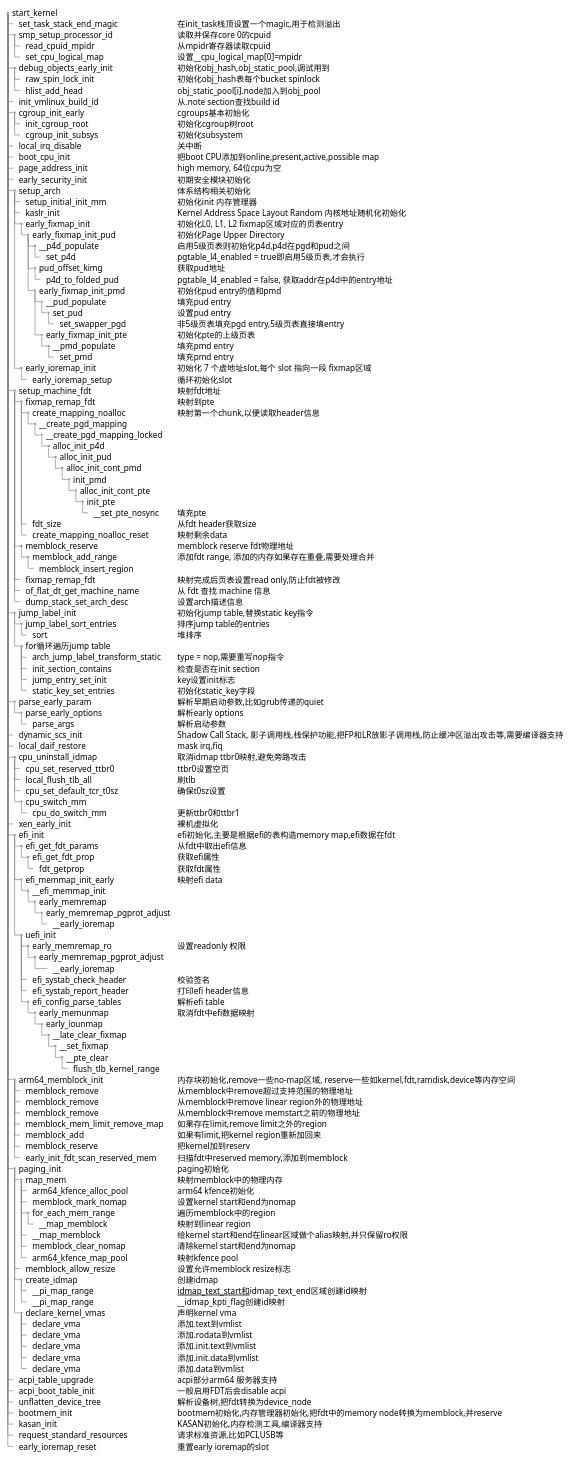
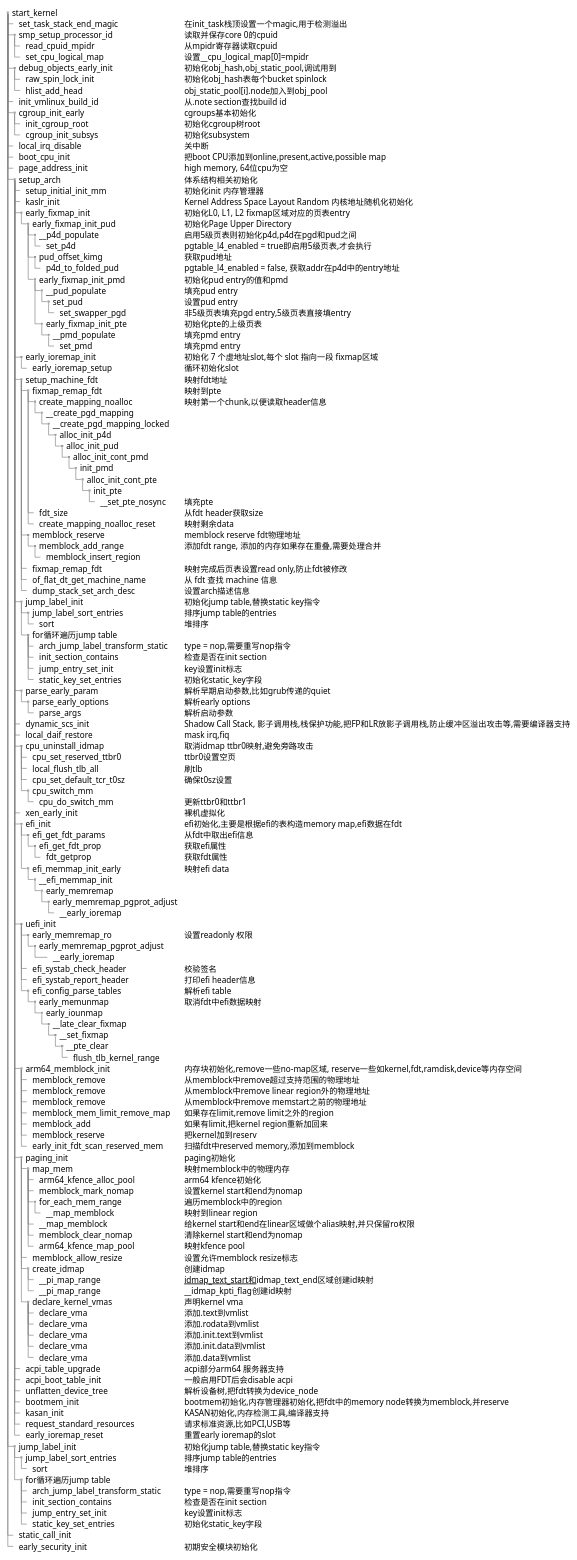
One commit to hml1006/linux-comment changed the diagram in notes/start_kernel.md. Above: the diagram before and after it, drawn with PlantUML.

```diff
--- a/notes/start_kernel.md
+++ b/notes/start_kernel.md
@@ -23,7 +23,6 @@
 ++ local_irq_disable            | 关中断
 ++ boot_cpu_init                | 把boot CPU添加到online,present,active,possible map
 ++ page_address_init            | high memory, 64位cpu为空
-++ early_security_init          | 初期安全模块初始化
 ++ setup_arch                   | 体系结构相关初始化
 +++ setup_initial_init_mm       | 初始化init 内存管理器
 +++ kaslr_init                  | Kernel Address Space Layout Random 内核地址随机化初始化
@@ -42,55 +41,55 @@
 ++++++++ set_pmd                | 填充pmd entry
 +++ early_ioremap_init          | 初始化 7 个虚地址slot,每个 slot 指向一段 fixmap区域
 ++++ early_ioremap_setup         | 循环初始化slot
-++ setup_machine_fdt           | 映射fdt地址
-+++ fixmap_remap_fdt             | 映射到pte
-++++ create_mapping_noalloc      | 映射第一个chunk,以便读取header信息
-+++++ __create_pgd_mapping
-++++++__create_pgd_mapping_locked
-+++++++ alloc_init_p4d
-++++++++ alloc_init_pud
-+++++++++ alloc_init_cont_pmd
-++++++++++ init_pmd
-+++++++++++ alloc_init_cont_pte
-++++++++++++ init_pte
-+++++++++++++ __set_pte_nosync  | 填充pte
-++++ fdt_size                   | 从fdt header获取size
-++++ create_mapping_noalloc_reset| 映射剩余data
-+++ memblock_reserve            | memblock reserve fdt物理地址
-++++ memblock_add_range          | 添加fdt range, 添加的内存如果存在重叠,需要处理合并
-+++++ memblock_insert_region
-+++ fixmap_remap_fdt              | 映射完成后页表设置read only,防止fdt被修改
-+++ of_flat_dt_get_machine_name | 从 fdt 查找 machine 信息
-+++ dump_stack_set_arch_desc    | 设置arch描述信息
-++ jump_label_init             | 初始化jump table,替换static key指令
-+++ jump_label_sort_entries      | 排序jump table的entries
-++++ sort                       | 堆排序
-+++ for循环遍历jump table
-++++ arch_jump_label_transform_static| type = nop,需要重写nop指令
-++++ init_section_contains        | 检查是否在init section
-++++ jump_entry_set_init         | key设置init标志
-++++ static_key_set_entries       | 初始化static_key字段
-++ parse_early_param           | 解析早期启动参数,比如grub传递的quiet
-+++ parse_early_options        | 解析early options
-++++ parse_args                 | 解析启动参数
-++ dynamic_scs_init            | Shadow Call Stack, 影子调用栈,栈保护功能,把FP和LR放影子调用栈,防止缓冲区溢出攻击等,需要编译器支持
-++ local_daif_restore          | mask irq,fiq
-++ cpu_uninstall_idmap         | 取消idmap ttbr0映射,避免旁路攻击
-+++ cpu_set_reserved_ttbr0      | ttbr0设置空页
-+++ local_flush_tlb_all         | 刷tlb
-+++ cpu_set_default_tcr_t0sz    | 确保t0sz设置
-+++ cpu_switch_mm
-++++ cpu_do_switch_mm           | 更新ttbr0和ttbr1
-++ xen_early_init              | 裸机虚拟化
-++ efi_init                    | efi初始化,主要是根据efi的表构造memory map,efi数据在fdt
-+++ efi_get_fdt_params          | 从fdt中取出efi信息
-++++ efi_get_fdt_prop            | 获取efi属性
-+++++ fdt_getprop                | 获取fdt属性
-+++ efi_memmap_init_early       | 映射efi data
-++++ __efi_memmap_init
-+++++ early_memremap
-++++++ early_memremap_pgprot_adjust
-+++++++ __early_ioremap
++++ setup_machine_fdt           | 映射fdt地址
+++++ fixmap_remap_fdt             | 映射到pte
++++++ create_mapping_noalloc      | 映射第一个chunk,以便读取header信息
+++++++ __create_pgd_mapping
++++++++__create_pgd_mapping_locked
+++++++++ alloc_init_p4d
++++++++++ alloc_init_pud
+++++++++++ alloc_init_cont_pmd
++++++++++++ init_pmd
+++++++++++++ alloc_init_cont_pte
++++++++++++++ init_pte
+++++++++++++++ __set_pte_nosync  | 填充pte
++++++ fdt_size                   | 从fdt header获取size
++++++ create_mapping_noalloc_reset| 映射剩余data
+++++ memblock_reserve            | memblock reserve fdt物理地址
++++++ memblock_add_range          | 添加fdt range, 添加的内存如果存在重叠,需要处理合并
+++++++ memblock_insert_region
+++++ fixmap_remap_fdt              | 映射完成后页表设置read only,防止fdt被修改
+++++ of_flat_dt_get_machine_name | 从 fdt 查找 machine 信息
+++++ dump_stack_set_arch_desc    | 设置arch描述信息
++++ jump_label_init             | 初始化jump table,替换static key指令
+++++ jump_label_sort_entries      | 排序jump table的entries
++++++ sort                       | 堆排序
+++++ for循环遍历jump table
++++++ arch_jump_label_transform_static| type = nop,需要重写nop指令
++++++ init_section_contains        | 检查是否在init section
++++++ jump_entry_set_init         | key设置init标志
++++++ static_key_set_entries       | 初始化static_key字段
++++ parse_early_param           | 解析早期启动参数,比如grub传递的quiet
+++++ parse_early_options        | 解析early options
++++++ parse_args                 | 解析启动参数
++++ dynamic_scs_init            | Shadow Call Stack, 影子调用栈,栈保护功能,把FP和LR放影子调用栈,防止缓冲区溢出攻击等,需要编译器支持
++++ local_daif_restore          | mask irq,fiq
++++ cpu_uninstall_idmap         | 取消idmap ttbr0映射,避免旁路攻击
+++++ cpu_set_reserved_ttbr0      | ttbr0设置空页
+++++ local_flush_tlb_all         | 刷tlb
+++++ cpu_set_default_tcr_t0sz    | 确保t0sz设置
+++++ cpu_switch_mm
++++++ cpu_do_switch_mm           | 更新ttbr0和ttbr1
++++ xen_early_init              | 裸机虚拟化
++++ efi_init                    | efi初始化,主要是根据efi的表构造memory map,efi数据在fdt
+++++ efi_get_fdt_params          | 从fdt中取出efi信息
++++++ efi_get_fdt_prop            | 获取efi属性
+++++++ fdt_getprop                | 获取fdt属性
+++++ efi_memmap_init_early       | 映射efi data
++++++ __efi_memmap_init
+++++++ early_memremap
++++++++ early_memremap_pgprot_adjust
+++++++++ __early_ioremap
 +++ uefi_init
 ++++ early_memremap_ro           | 设置readonly 权限
 +++++ early_memremap_pgprot_adjust
@@ -104,40 +103,52 @@
 ++++++++ __set_fixmap
 +++++++++ __pte_clear
 ++++++++++ flush_tlb_kernel_range
-++ arm64_memblock_init         | 内存块初始化,remove一些no-map区域, reserve一些如kernel,fdt,ramdisk,device等内存空间
-+++ memblock_remove  | 从memblock中remove超过支持范围的物理地址
-+++ memblock_remove  | 从memblock中remove linear region外的物理地址
-+++ memblock_remove | 从memblock中remove memstart之前的物理地址
-+++ memblock_mem_limit_remove_map | 如果存在limit,remove limit之外的region
-+++ memblock_add | 如果有limit,把kernel region重新加回来
-+++ memblock_reserve | 把kernel加到reserv
-+++ early_init_fdt_scan_reserved_mem | 扫描fdt中reserved memory,添加到memblock
-++ paging_init                 | paging初始化
-+++ map_mem                    | 映射memblock中的物理内存
-++++ arm64_kfence_alloc_pool    | arm64 kfence初始化
-++++ memblock_mark_nomap        | 设置kernel start和end为nomap
-++++ for_each_mem_range         | 遍历memblock中的region
-+++++ __map_memblock            | 映射到linear region
-++++ __map_memblock             | 给kernel start和end在linear区域做个alias映射,并只保留ro权限
-++++ memblock_clear_nomap       | 清除kernel start和end为nomap
-++++ arm64_kfence_map_pool      | 映射kfence pool
-+++ memblock_allow_resize        | 设置允许memblock resize标志
-+++ create_idmap               | 创建idmap
-++++ __pi_map_range             | __idmap_text_start和__idmap_text_end区域创建id映射
-++++ __pi_map_range             | __idmap_kpti_flag创建id映射
-+++ declare_kernel_vmas        | 声明kernel vma
-++++ declare_vma                | 添加.text到vmlist
-++++ declare_vma                | 添加.rodata到vmlist
-++++ declare_vma                | 添加.init.text到vmlist
-++++ declare_vma                | 添加.init.data到vmlist
-++++ declare_vma                | 添加.data到vmlist
-++ acpi_table_upgrade          | acpi部分arm64 服务器支持
-++ acpi_boot_table_init        | 一般启用FDT后会disable acpi
-++ unflatten_device_tree       | 解析设备树,把fdt转换为device_node
-++ bootmem_init                | bootmem初始化,内存管理器初始化,把fdt中的memory node转换为memblock,并reserve
-++ kasan_init                  | KASAN初始化,内存检测工具,编译器支持
-++ request_standard_resources  | 请求标准资源,比如PCI,USB等
-++ early_ioremap_reset         | 重置early ioremap的slot
++++ arm64_memblock_init         | 内存块初始化,remove一些no-map区域, reserve一些如kernel,fdt,ramdisk,device等内存空间
+++++ memblock_remove  | 从memblock中remove超过支持范围的物理地址
+++++ memblock_remove  | 从memblock中remove linear region外的物理地址
+++++ memblock_remove | 从memblock中remove memstart之前的物理地址
+++++ memblock_mem_limit_remove_map | 如果存在limit,remove limit之外的region
+++++ memblock_add | 如果有limit,把kernel region重新加回来
+++++ memblock_reserve | 把kernel加到reserv
+++++ early_init_fdt_scan_reserved_mem | 扫描fdt中reserved memory,添加到memblock
++++ paging_init                 | paging初始化
+++++ map_mem                    | 映射memblock中的物理内存
++++++ arm64_kfence_alloc_pool    | arm64 kfence初始化
++++++ memblock_mark_nomap        | 设置kernel start和end为nomap
++++++ for_each_mem_range         | 遍历memblock中的region
+++++++ __map_memblock            | 映射到linear region
++++++ __map_memblock             | 给kernel start和end在linear区域做个alias映射,并只保留ro权限
++++++ memblock_clear_nomap       | 清除kernel start和end为nomap
++++++ arm64_kfence_map_pool      | 映射kfence pool
+++++ memblock_allow_resize        | 设置允许memblock resize标志
+++++ create_idmap               | 创建idmap
++++++ __pi_map_range             | __idmap_text_start和__idmap_text_end区域创建id映射
++++++ __pi_map_range             | __idmap_kpti_flag创建id映射
+++++ declare_kernel_vmas        | 声明kernel vma
++++++ declare_vma                | 添加.text到vmlist
++++++ declare_vma                | 添加.rodata到vmlist
++++++ declare_vma                | 添加.init.text到vmlist
++++++ declare_vma                | 添加.init.data到vmlist
++++++ declare_vma                | 添加.data到vmlist
++++ acpi_table_upgrade          | acpi部分arm64 服务器支持
++++ acpi_boot_table_init        | 一般启用FDT后会disable acpi
++++ unflatten_device_tree       | 解析设备树,把fdt转换为device_node
++++ bootmem_init                | bootmem初始化,内存管理器初始化,把fdt中的memory node转换为memblock,并reserve
++++ kasan_init                  | KASAN初始化,内存检测工具,编译器支持
++++ request_standard_resources  | 请求标准资源,比如PCI,USB等
++++ early_ioremap_reset         | 重置early ioremap的slot
+++ jump_label_init             | 初始化jump table,替换static key指令
++++ jump_label_sort_entries      | 排序jump table的entries
+++++ sort                       | 堆排序
++++ for循环遍历jump table
+++++ arch_jump_label_transform_static| type = nop,需要重写nop指令
+++++ init_section_contains        | 检查是否在init section
+++++ jump_entry_set_init         | key设置init标志
+++++ static_key_set_entries       | 初始化static_key字段
+++ static_call_init
+++ early_security_init          | 初期安全模块初始化
+
+
 
 }
 }
```
